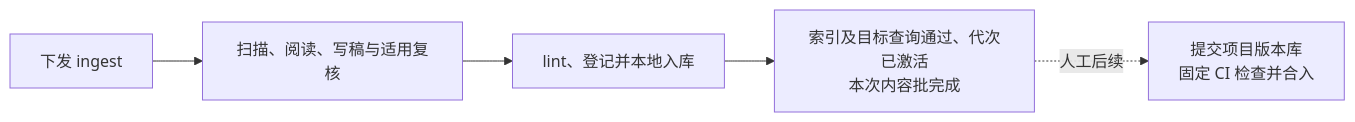
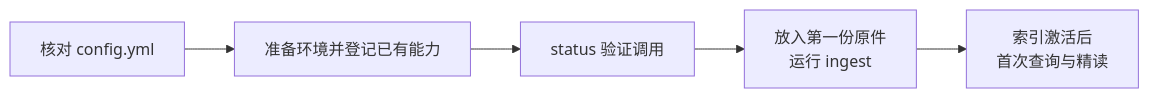
The diagram in himate-knowledge-wifi-mp/docs-llm-wiki/使用说明.md (Robin-hhc/FactumCore), drawn with Mermaid before and after one commit. The commit also changed other lines of this file and 2 other files, not shown here.

````diff
--- a/himate-knowledge-wifi-mp/docs-llm-wiki/使用说明.md
+++ b/himate-knowledge-wifi-mp/docs-llm-wiki/使用说明.md
@@ -415,7 +20,7 @@
 ```mermaid
 flowchart LR
-    A["下发 ingest"] --> B["扫描、阅读、写稿与适用复核"]
-    B --> C["lint、登记并本地入库"]
-    C --> D["索引及目标查询通过、代次已激活<br/>本次内容批完成"]
-    D -. "人工后续" .-> E["提交项目版本库<br/>固定 CI 检查并合入"]
+    A["核对 config.yml"] --> B["准备环境并登记已有能力"]
+    B --> C["status 验证调用"]
+    C --> D["放入第一份原件<br/>运行 ingest"]
+    D --> E["索引激活后<br/>首次查询与精读"]
 ```
````
